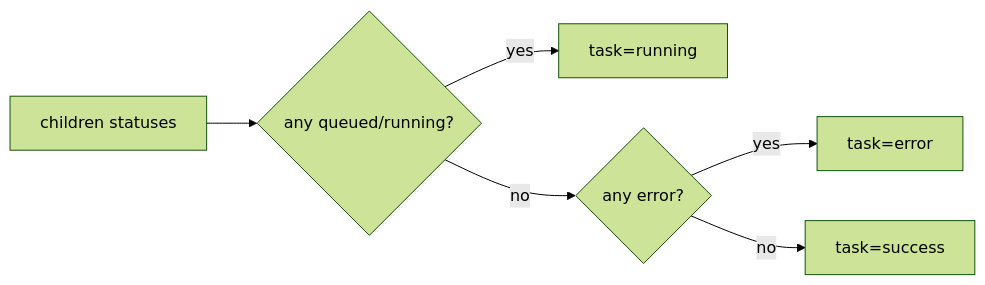
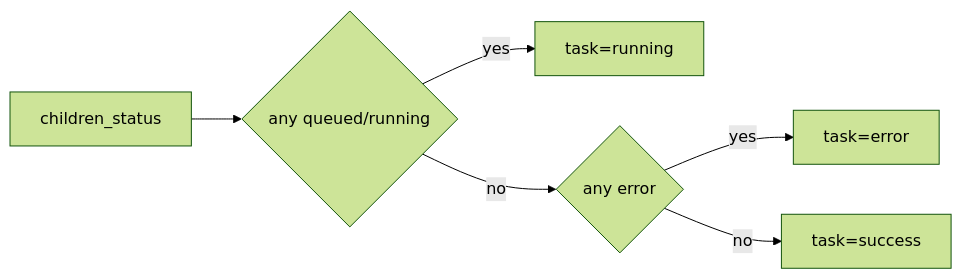
Before and after one commit to ZUENS2020/Sherpa: the fourth of 4 diagrams in README.md, drawn with Mermaid (forest theme). The commit also changed other lines of this file, not shown here.

````diff
--- a/README.md
+++ b/README.md
@@ -85,8 +87,8 @@
 ```mermaid
 flowchart LR
-  C["children statuses"] --> Q{"any queued/running?"}
-  Q -->|"yes"| RS["task=running"]
-  Q -->|"no"| ER{"any error?"}
-  ER -->|"yes"| RE["task=error"]
-  ER -->|"no"| OK["task=success"]
+  C["children_status"] --> Q{"any queued/running"}
+  Q -->|"yes"| RUN["task=running"]
+  Q -->|"no"| E{"any error"}
+  E -->|"yes"| ERR["task=error"]
+  E -->|"no"| OK["task=success"]
 ```
````
